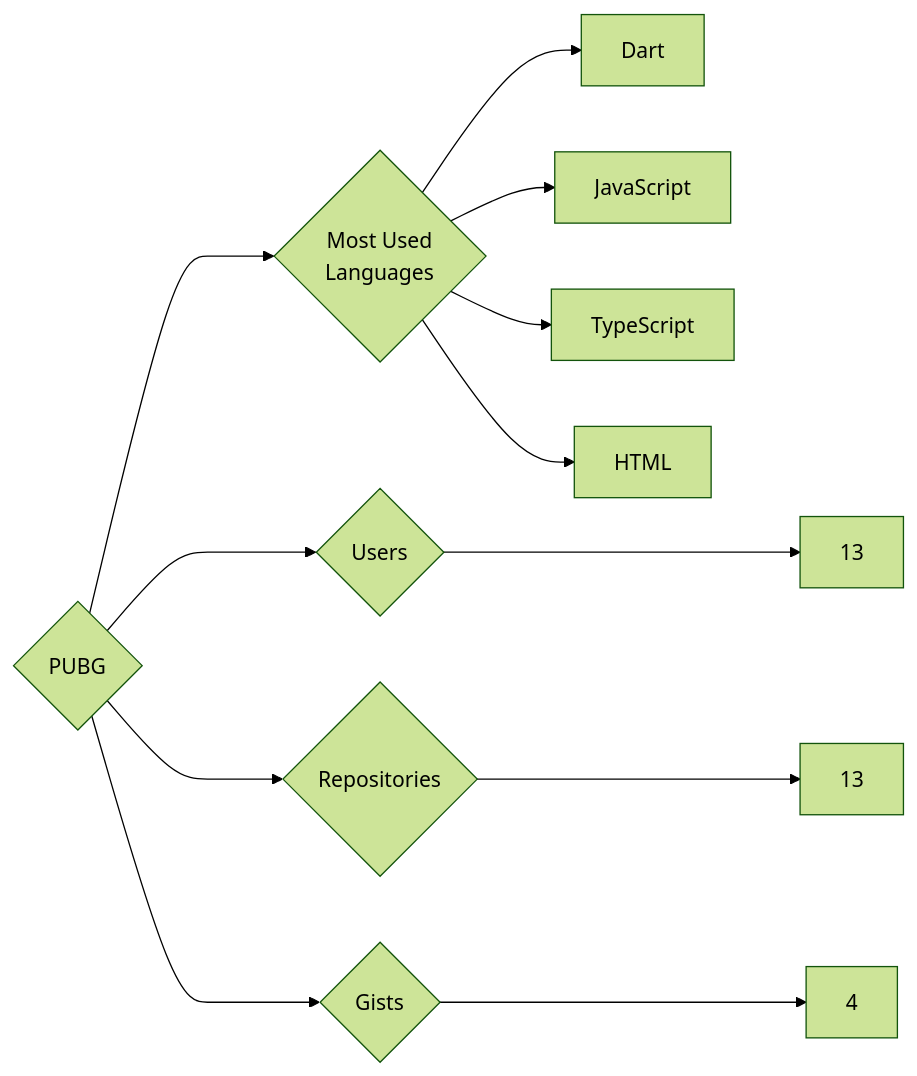
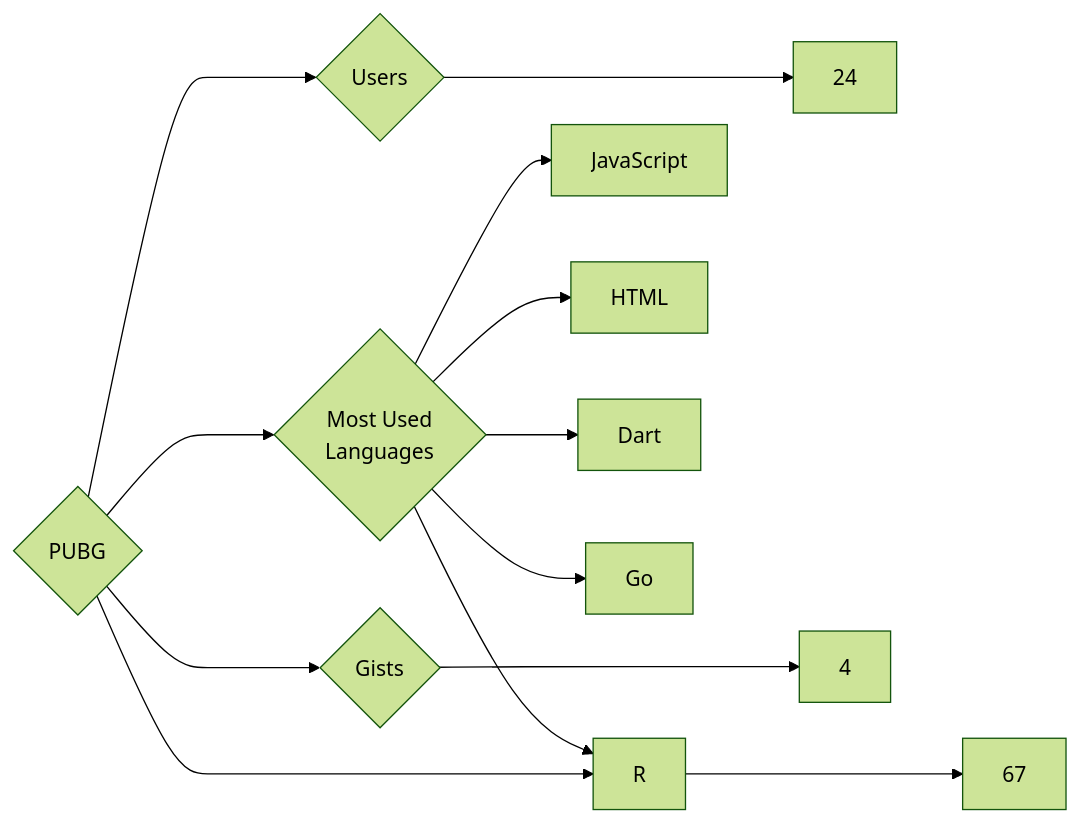
One commit to trickest/insiders changed the diagram in targets/PUBG/README.md. Above: the diagram before and after it, drawn with Mermaid (forest theme). The commit also changed 681 other files, not shown here.

````diff
--- a/targets/PUBG/README.md
+++ b/targets/PUBG/README.md
@@ -3,12 +3,13 @@
 ```mermaid
 graph LR
 COMPANY_NAME{PUBG}
-COMPANY_NAME ---> U{Users} ---> UN[13]
-COMPANY_NAME ---> R{Repositories} ---> RN[13]
+COMPANY_NAME ---> U{Users} ---> UN[24]
+COMPANY_NAME ---> R{Repositories} ---> RN[67]
 COMPANY_NAME ---> G{Gists} ---> GN[4]
 COMPANY_NAME ---> ML{Most Used<br>Languages}
+ML --> JavaScript[JavaScript]
+ML --> R[R]
+ML --> HTML[HTML]
 ML --> Dart[Dart]
-ML --> JavaScript[JavaScript]
-ML --> TypeScript[TypeScript]
-ML --> HTML[HTML]
+ML --> Go[Go]
 ```
````
